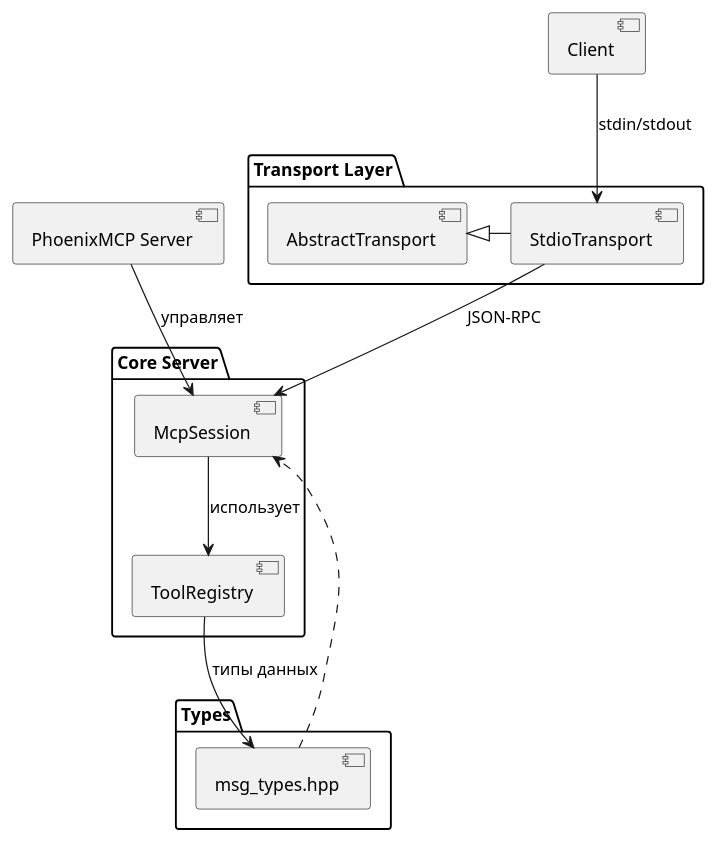
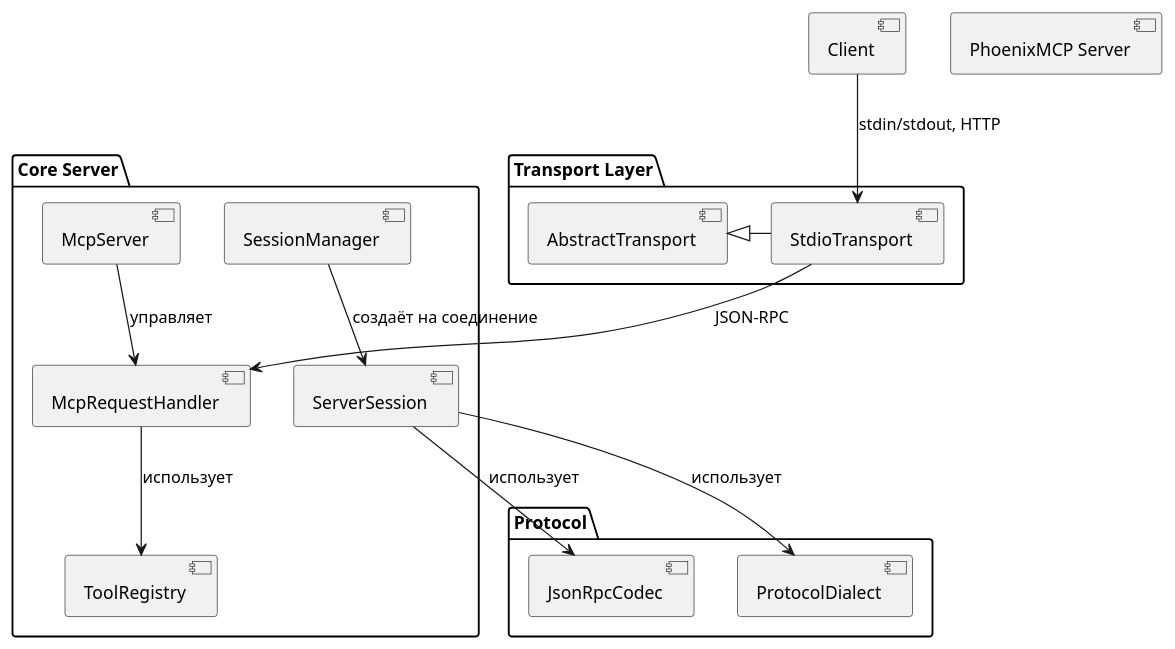
The diagram in README_RU.adoc (Artem535/PhoenixMcp), drawn with PlantUML before and after one commit. The commit also changed other lines of this file and 1 other file, not shown here.

First line of the commit message:
docs: refresh READMEs for CMake-first build and current architecture

```diff
--- a/README_RU.adoc
+++ b/README_RU.adoc
@@ -313,24 +325,25 @@
 [plantuml,format=svg]
 ----
 @startuml
 component "Client" as Client
 component "PhoenixMCP Server" as Server
 
 package "Transport Layer" {
   [AbstractTransport] <|- [StdioTransport]
 }
 
 package "Core Server" {
-  [Server] --> [McpSession] : управляет
-  [McpSession] --> [ToolRegistry] : использует
+  [McpServer] --> [McpRequestHandler] : управляет
+  [McpRequestHandler] --> [ToolRegistry] : использует
+  [SessionManager] --> [ServerSession] : создаёт на соединение
 }
 
-package "Types" {
-  [msg_types.hpp] ..> [McpSession]
+package "Protocol" {
+  [ServerSession] --> [JsonRpcCodec] : использует
+  [ServerSession] --> [ProtocolDialect] : использует
 }
 
-Client --> StdioTransport : stdin/stdout
-StdioTransport --> McpSession : JSON-RPC
-ToolRegistry --> msg_types.hpp : типы данных
+Client --> StdioTransport : stdin/stdout, HTTP
+StdioTransport --> McpRequestHandler : JSON-RPC
 @enduml
 ----
```
